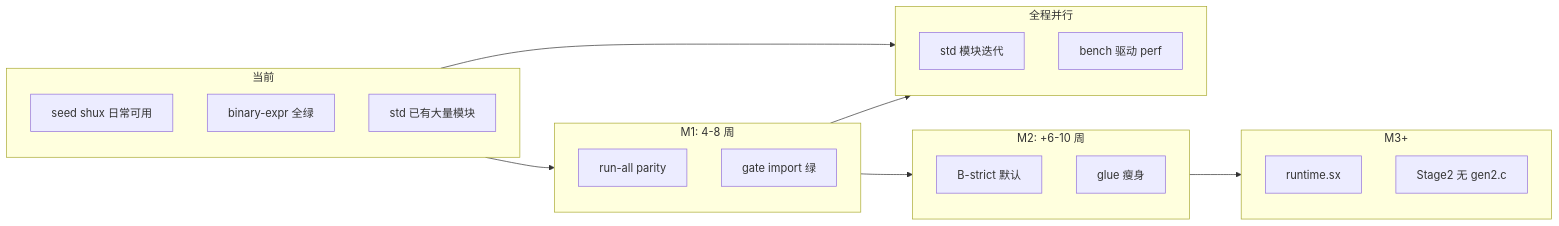
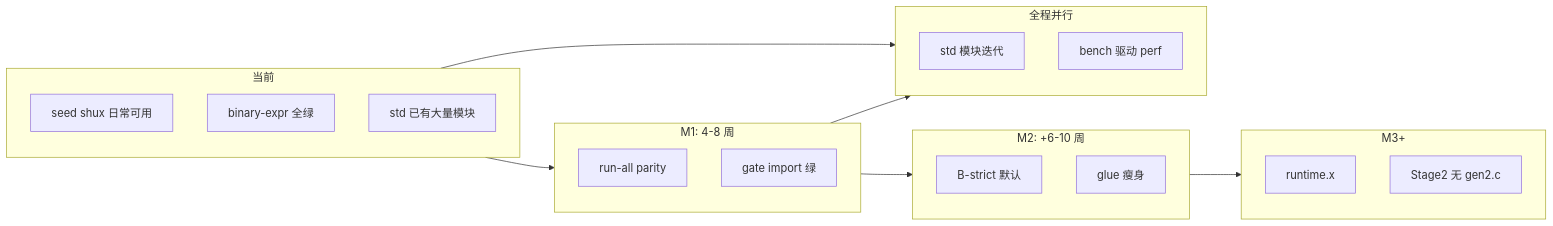
One commit to shuliangfu/x-lang changed the diagram in analysis/自举阶段进度与路线图.md. Above: the diagram before and after it, drawn with Mermaid. The commit also changed other lines of this file and 99 other files, not shown here.

````diff
--- a/analysis/自举阶段进度与路线图.md
+++ b/analysis/自举阶段进度与路线图.md
@@ -218,29 +218,29 @@
 ```mermaid
 flowchart LR
   subgraph now [当前]
     A[seed shux 日常可用]
     B[binary-expr 全绿]
     C[std 已有大量模块]
   end
   subgraph M1 [M1: 4-8 周]
     D[run-all parity]
     E[gate import 绿]
   end
   subgraph M2 [M2: +6-10 周]
     F[B-strict 默认]
     G[glue 瘦身]
   end
   subgraph parallel [全程并行]
     H[std 模块迭代]
     I[bench 驱动 perf]
   end
   subgraph M3 [M3+]
-    J[runtime.sx]
+    J[runtime.x]
     K[Stage2 无 gen2.c]
   end
   now --> M1
   M1 --> M2
   M2 --> M3
   now --> parallel
   M1 --> parallel
 ```
````
